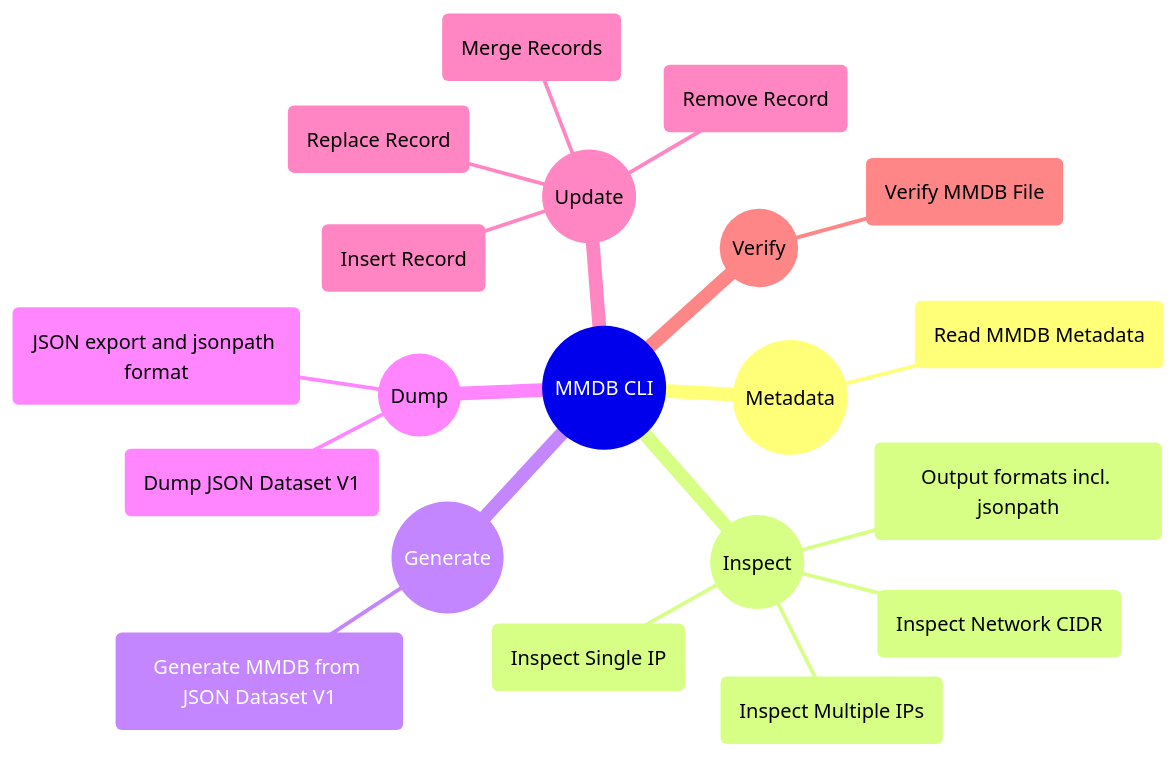
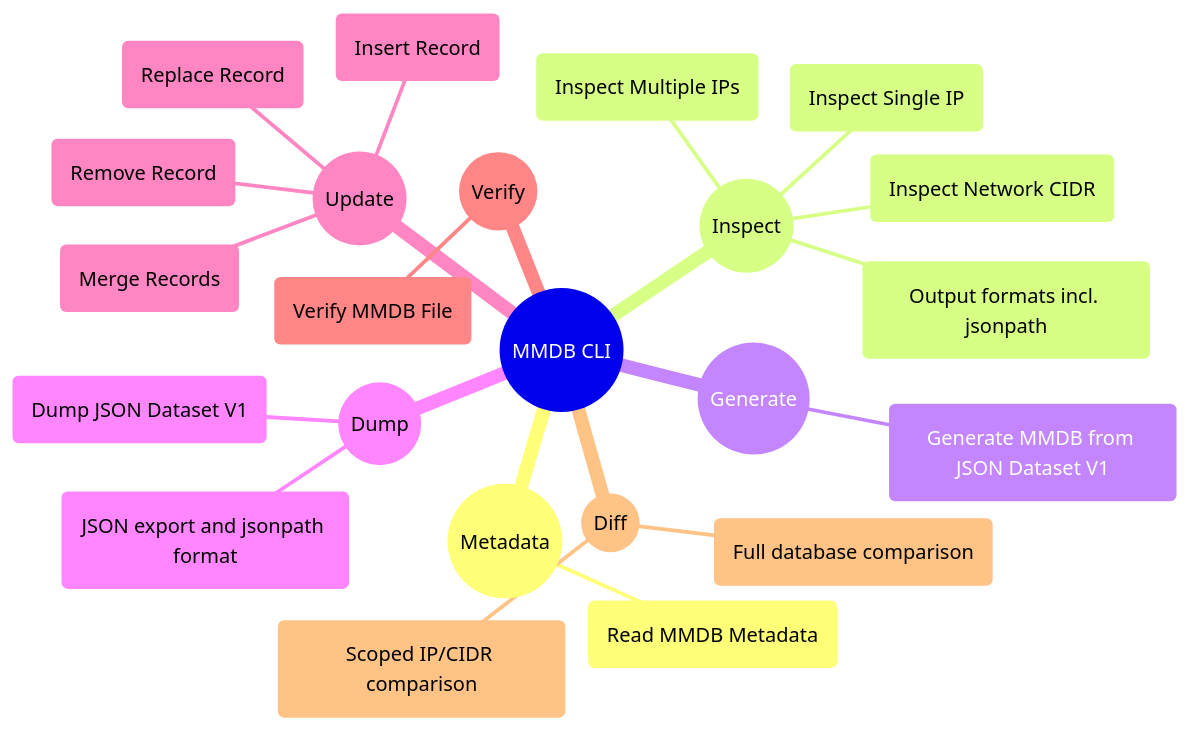
The diagram in docs/mmdb-cli/capabilities.md (InfraZ/docs), drawn with Mermaid before and after one commit. The commit also changed other lines of this file and 3 other files, not shown here.

````diff
--- a/docs/mmdb-cli/capabilities.md
+++ b/docs/mmdb-cli/capabilities.md
@@ -36,23 +37,26 @@
 ```mermaid
 mindmap
     root((MMDB CLI))
         metadata((Metadata))
             readMMDBMetadata(Read MMDB Metadata)
         inspect((Inspect))
             inspectIP(Inspect Single IP)
             inspectMultipleIPs(Inspect Multiple IPs)
             inspectNetworkCIDR(Inspect Network CIDR)
             inspectFormats(Output formats incl. jsonpath)
         generate((Generate))
             generateMMDB(Generate MMDB from JSON Dataset V1)
         dump((Dump))
             dumpDatasetV1(Dump JSON Dataset V1)
             dumpFormats(JSON export and jsonpath format)
         update((Update))
             updateMMDBRemove(Remove Record)
             updateMMDBInsert(Insert Record)
             updateMMDBReplace(Replace Record)
             updateMMDBMerge(Merge Records)
         verify((Verify))
             verifyMMDB(Verify MMDB File)
+        diff((Diff))
+            diffFull(Full database comparison)
+            diffScoped(Scoped IP/CIDR comparison)
 ```
````
